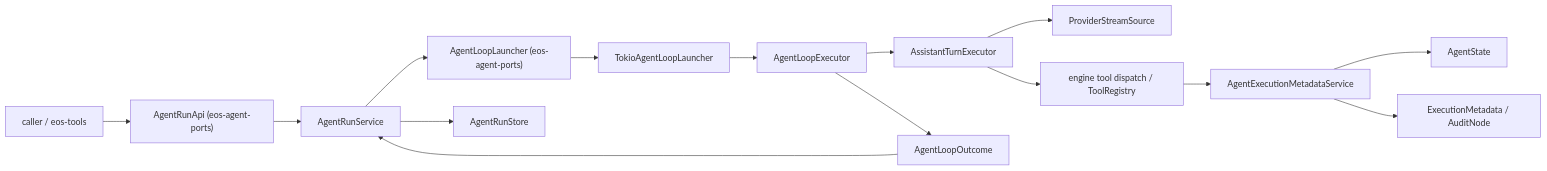
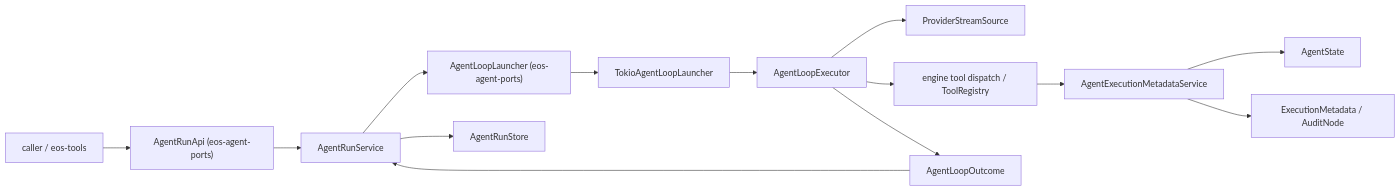
Before and after one commit to Ephemeral-AI-Lab/ephemeral-os: the third of 3 diagrams in docs/plans/agent_runner_loop_engine_srp_event_migration_SPEC.md, drawn with Mermaid. The commit also changed other lines of this file and 413 other files, not shown here.

````diff
--- a/docs/plans/agent_runner_loop_engine_srp_event_migration_SPEC.md
+++ b/docs/plans/agent_runner_loop_engine_srp_event_migration_SPEC.md
@@ -1441,17 +1462,16 @@
 ```mermaid
 flowchart LR
     Caller["caller / eos-tools"] --> AgentRunPort["AgentRunApi (eos-agent-ports)"]
     AgentRunPort --> RunService["AgentRunService"]
     RunService --> LauncherPort["AgentLoopLauncher (eos-agent-ports)"]
     LauncherPort --> Launcher["TokioAgentLoopLauncher"]
     Launcher --> LoopExecutor["AgentLoopExecutor"]
-    LoopExecutor --> Turn["AssistantTurnExecutor"]
-    Turn --> Provider["ProviderStreamSource"]
-    Turn --> Tools["engine tool dispatch / ToolRegistry"]
+    LoopExecutor --> Provider["ProviderStreamSource"]
+    LoopExecutor --> Tools["engine tool dispatch / ToolRegistry"]
     Tools --> Metadata["AgentExecutionMetadataService"]
     Metadata --> State["AgentState"]
     Metadata --> ToolFacts["ExecutionMetadata / AuditNode"]
     LoopExecutor --> Outcome["AgentLoopOutcome"]
     Outcome --> RunService
     RunService --> Store["AgentRunStore"]
 ```
````
